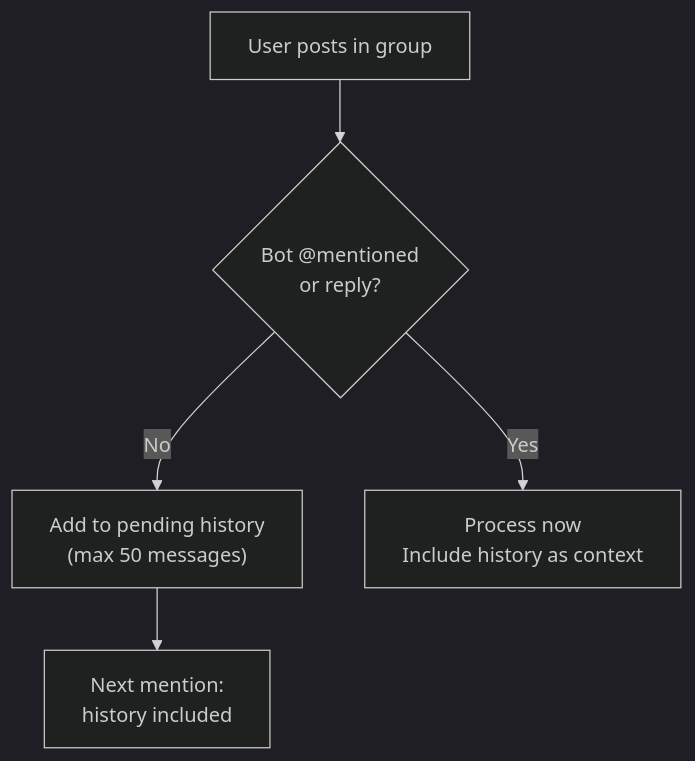
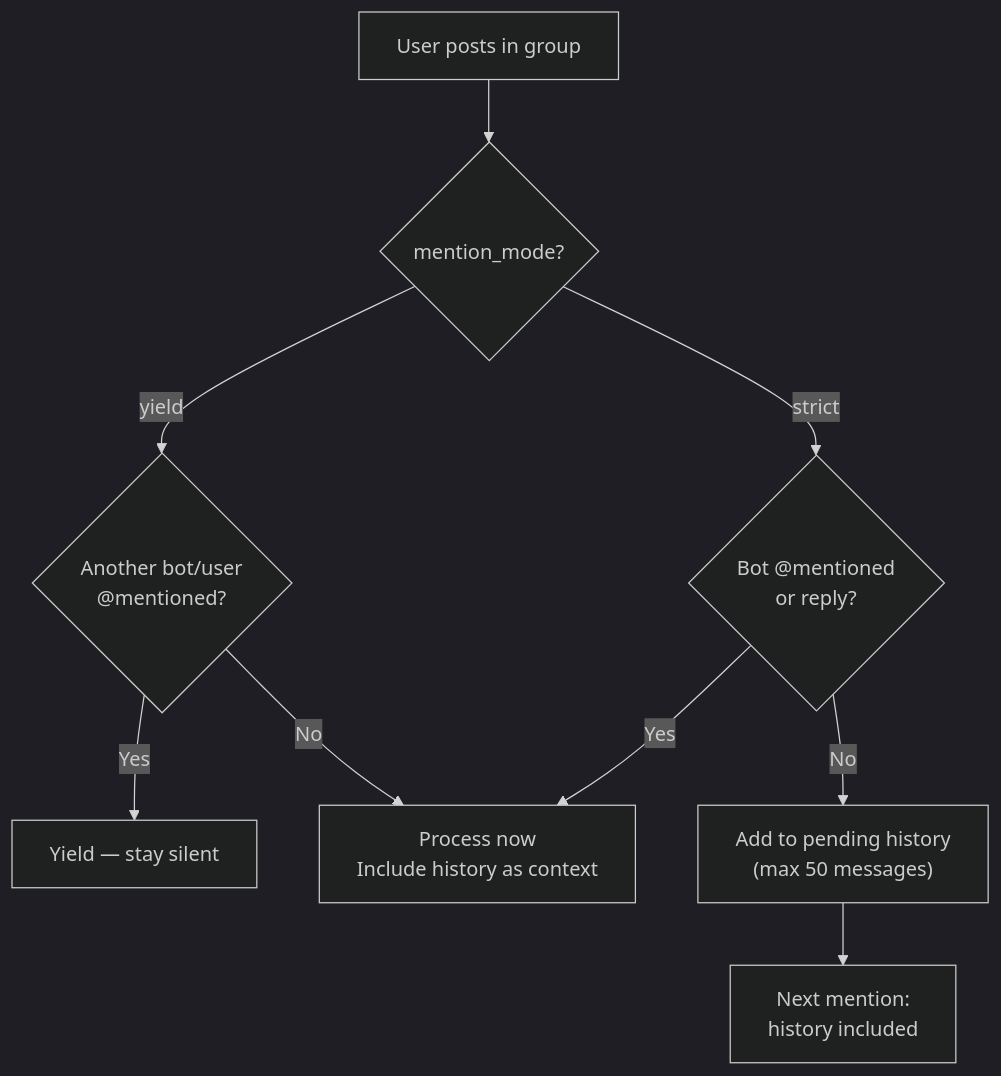
One commit to nextlevelbuilder/goclaw-docs changed the diagram in channels/telegram.md. Above: the diagram before and after it, drawn with Mermaid (dark theme). The commit also changed other lines of this file and 11 other files, not shown here.

````diff
--- a/channels/telegram.md
+++ b/channels/telegram.md
@@ -108,7 +134,11 @@
 ```mermaid
 flowchart TD
-    MSG["User posts in group"] --> MENTION{"Bot @mentioned<br/>or reply?"}
+    MSG["User posts in group"] --> MODE{"mention_mode?"}
+    MODE -->|strict| MENTION{"Bot @mentioned<br/>or reply?"}
+    MODE -->|yield| OTHER{"Another bot/user<br/>@mentioned?"}
+    OTHER -->|Yes| YIELD["Yield — stay silent"]
+    OTHER -->|No| PROCESS
     MENTION -->|No| BUFFER["Add to pending history<br/>(max 50 messages)"]
     MENTION -->|Yes| PROCESS["Process now<br/>Include history as context"]
     BUFFER --> NEXT["Next mention:<br/>history included"]
 ```
````
